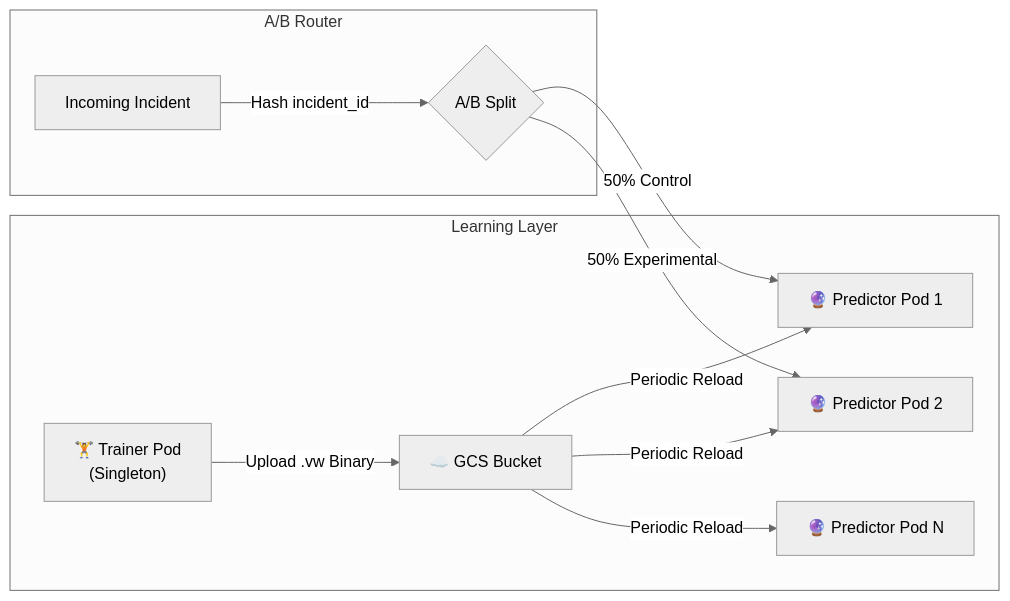
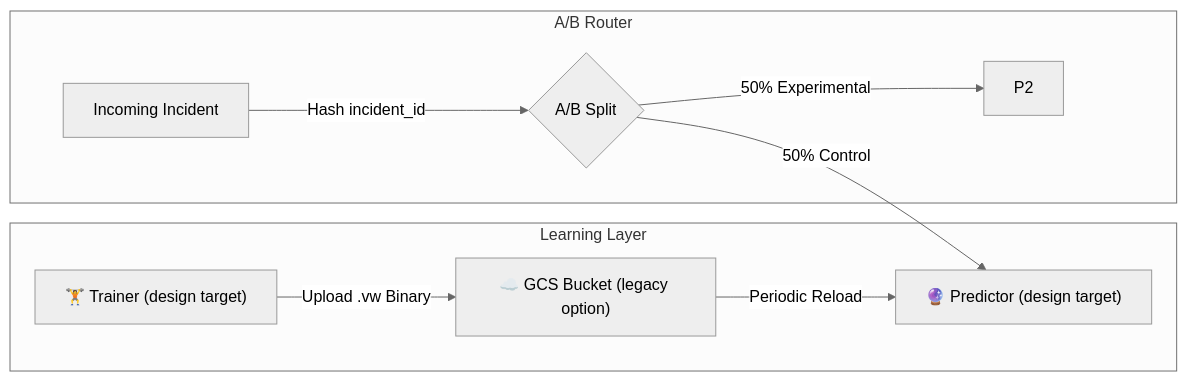
The third of 6 diagrams in README.md (addy9051/autonomous_anomaly_resposne_agent), drawn with Mermaid (neutral theme) before and after one commit. The commit also changed other lines of this file and 28 other files, not shown here.

````diff
--- a/README.md
+++ b/README.md
@@ -233,15 +245,13 @@
 ```mermaid
 graph LR
     subgraph "Learning Layer"
-        T["🏋️ Trainer Pod<br/>(Singleton)"] -->|Upload .vw Binary| GCS["☁️ GCS Bucket"]
-        GCS -->|Periodic Reload| P1["🔮 Predictor Pod 1"]
-        GCS -->|Periodic Reload| P2["🔮 Predictor Pod 2"]
-        GCS -->|Periodic Reload| P3["🔮 Predictor Pod N"]
+        T["🏋️ Trainer (design target)"] -->|Upload .vw Binary| GCS["☁️ GCS Bucket (legacy option)"]
+        GCS -->|Periodic Reload| P1["🔮 Predictor (design target)"]
     end
 
     subgraph "A/B Router"
         REQ["Incoming Incident"] -->|Hash incident_id| R{A/B Split}
         R -->|50% Control| P1
         R -->|50% Experimental| P2
     end
 ```
````
